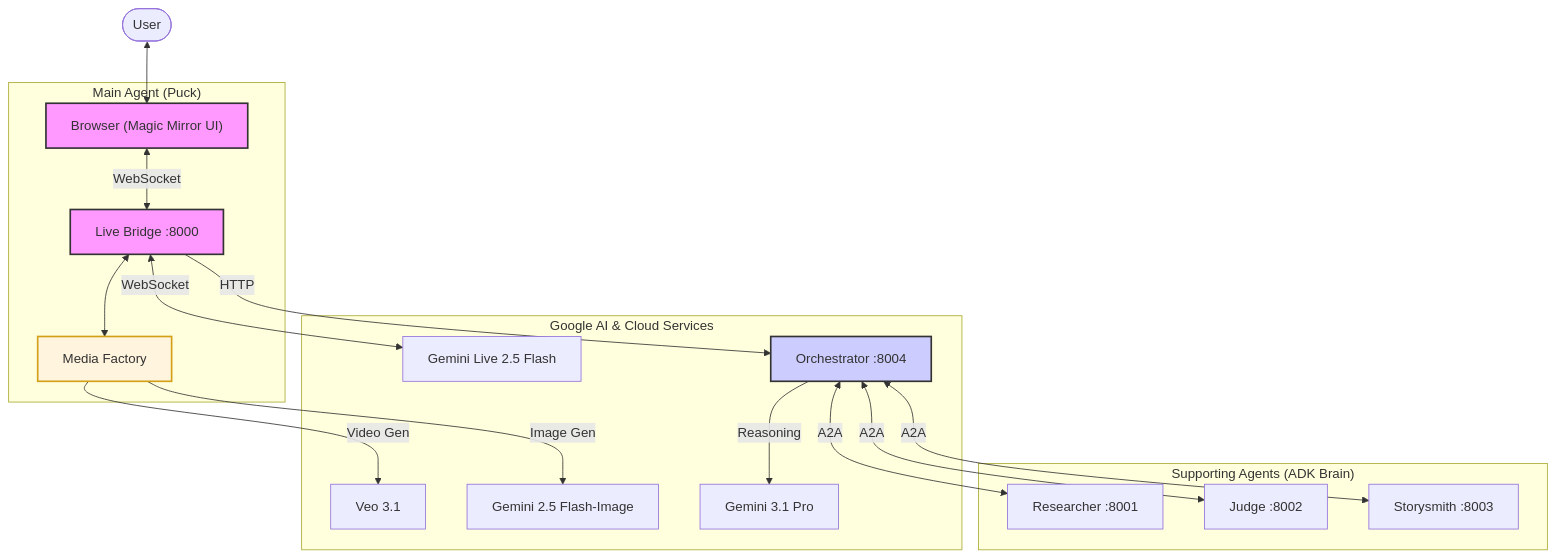
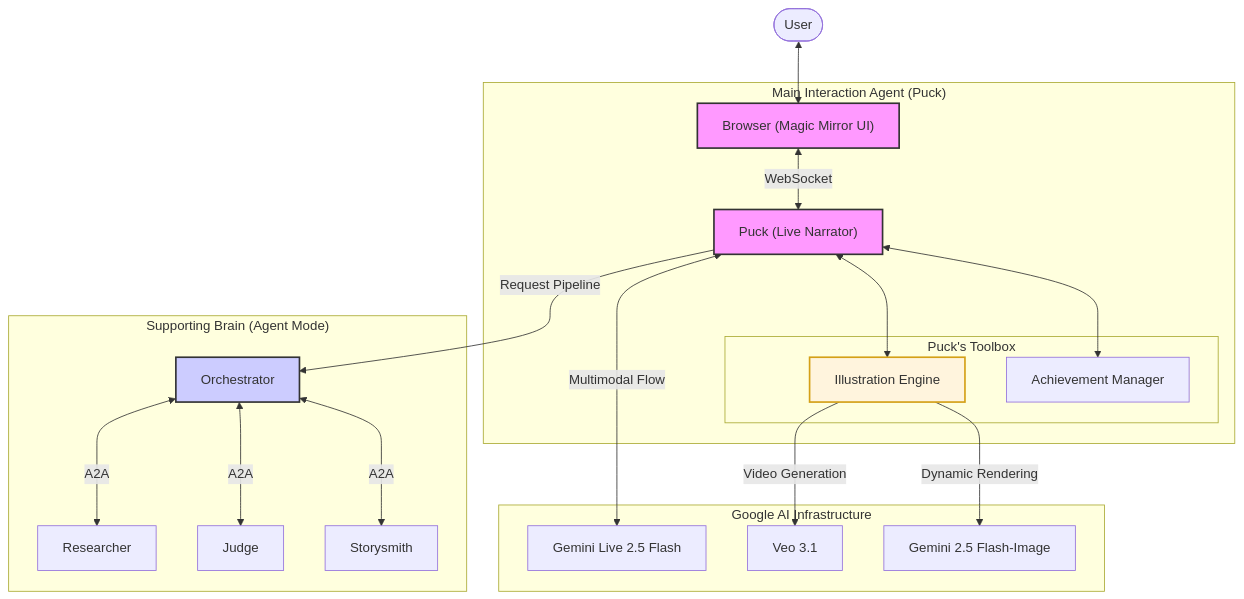
The first of 4 diagrams in ARCHITECTURE.md (vero-code/gemini-tales-v2), drawn with Mermaid before and after one commit. The commit also changed 1 other file, not shown here.

Commit message:
docs: improve architecture to reflect Puck's agent role

````diff
--- a/ARCHITECTURE.md
+++ b/ARCHITECTURE.md
@@ -32,28 +32,32 @@
 ```mermaid
 graph TD
     User([User]) <--> Browser["Browser (Magic Mirror UI)"]
     
-    subgraph "Main Agent (Puck)"
-        Browser <-->|WebSocket| LiveBridge[Live Bridge :8000]
-        LiveBridge <--> MediaFactory[Media Factory]
+    subgraph "Main Interaction Agent (Puck)"
+        Browser <-->|WebSocket| Puck["Puck (Live Narrator)"]
+        subgraph "Puck's Toolbox"
+            Illustrator["Illustration Engine"]
+            Awards["Achievement Manager"]
+        end
+        Puck <--> Illustrator
+        Puck <--> Awards
     end
     
-    subgraph "Google AI & Cloud Services"
-        LiveBridge <-->|WebSocket| GeminiLive[Gemini Live 2.5 Flash]
-        MediaFactory -->|Video Gen| Veo[Veo 3.1]
-        MediaFactory -->|Image Gen| FlashImage[Gemini 2.5 Flash-Image]
-        Orchestrator -->|Reasoning| GeminiPro[Gemini 3.1 Pro]
+    subgraph "Google AI Infrastructure"
+        Puck <-->|Multimodal Flow| GeminiLive[Gemini Live 2.5 Flash]
+        Illustrator -->|Video Generation| Veo[Veo 3.1]
+        Illustrator -->|Dynamic Rendering| FlashImage[Gemini 2.5 Flash-Image]
     end
     
-    subgraph "Supporting Agents (ADK Brain)"
-        LiveBridge -->|HTTP| Orchestrator[Orchestrator :8004]
-        Orchestrator <-->|A2A| Researcher[Researcher :8001]
-        Orchestrator <-->|A2A| Judge[Judge :8002]
-        Orchestrator <-->|A2A| Storysmith[Storysmith :8003]
+    subgraph "Supporting Brain (Agent Mode)"
+        Puck -->|Request Pipeline| Orchestrator[Orchestrator]
+        Orchestrator <-->|A2A| Researcher[Researcher]
+        Orchestrator <-->|A2A| Judge[Judge]
+        Orchestrator <-->|A2A| Storysmith[Storysmith]
     end
     
     style Browser fill:#f9f,stroke:#333,stroke-width:2px
-    style LiveBridge fill:#f9f,stroke:#333,stroke-width:2px
+    style Puck fill:#f9f,stroke:#333,stroke-width:2px
     style Orchestrator fill:#ccf,stroke:#333,stroke-width:2px
-    style MediaFactory fill:#fff4dd,stroke:#d4a017,stroke-width:2px
+    style Illustrator fill:#fff4dd,stroke:#d4a017,stroke-width:2px
 ```
````
